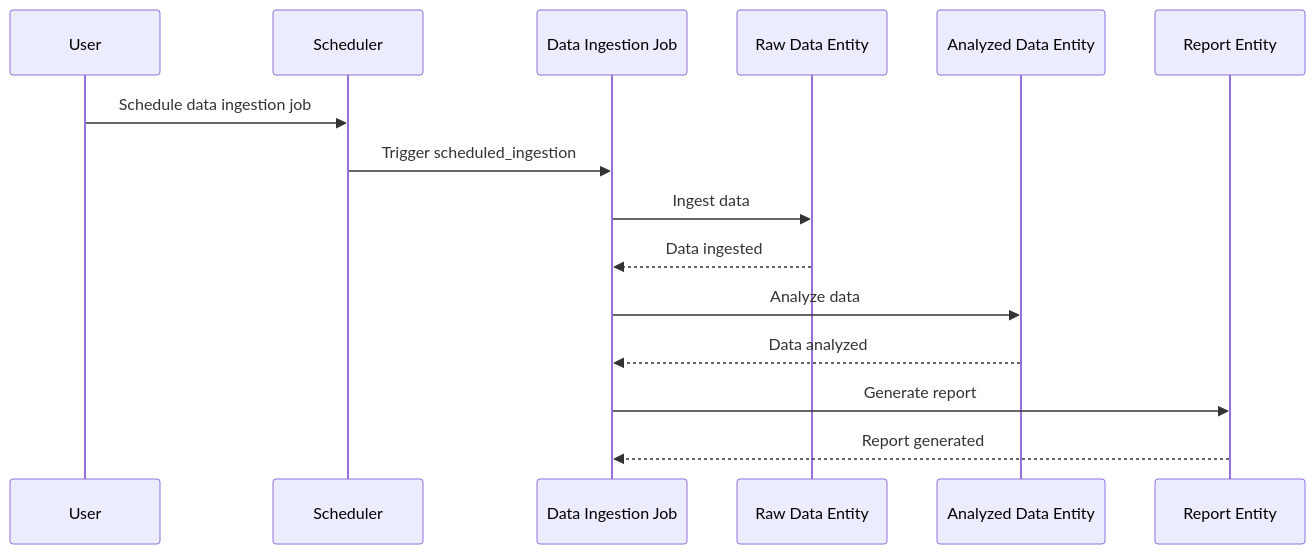
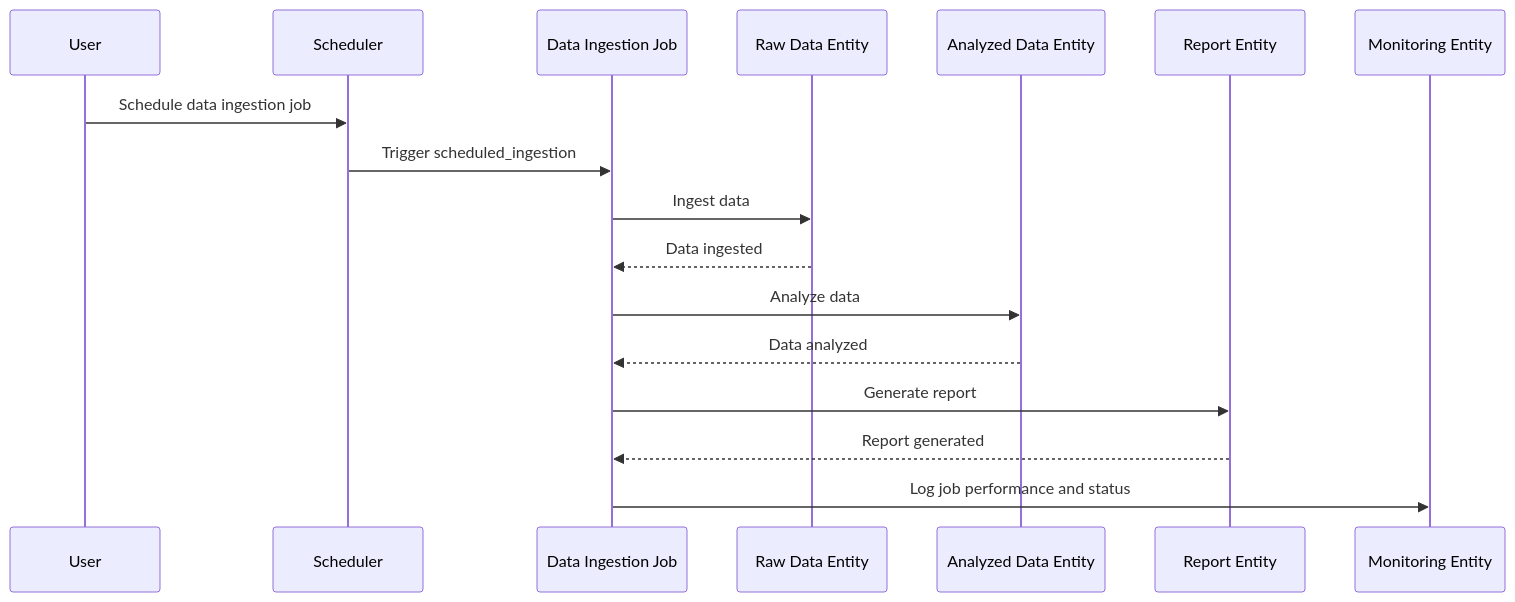
One commit to Ksenniya/quart-client-template changed the third of 4 diagrams in entity/app_design_prd.md. Above: the diagram before and after it, drawn with Mermaid. The commit also changed other lines of this file, not shown here.

Commit message:
saved entity/app_design_prd.md: 6ec4d3b0-dcf0-11ef-a0ea-40c2ba0ac9eb

````diff
--- a/entity/app_design_prd.md
+++ b/entity/app_design_prd.md
@@ -58,18 +64,20 @@
 ```mermaid
 sequenceDiagram
     participant User
     participant Scheduler
     participant Data Ingestion Job
     participant Raw Data Entity
     participant Analyzed Data Entity
     participant Report Entity
+    participant Monitoring Entity
 
     User->>Scheduler: Schedule data ingestion job
     Scheduler->>Data Ingestion Job: Trigger scheduled_ingestion
     Data Ingestion Job->>Raw Data Entity: Ingest data
     Raw Data Entity-->>Data Ingestion Job: Data ingested
     Data Ingestion Job->>Analyzed Data Entity: Analyze data
     Analyzed Data Entity-->>Data Ingestion Job: Data analyzed
     Data Ingestion Job->>Report Entity: Generate report
     Report Entity-->>Data Ingestion Job: Report generated
+    Data Ingestion Job->>Monitoring Entity: Log job performance and status
 ```
````
